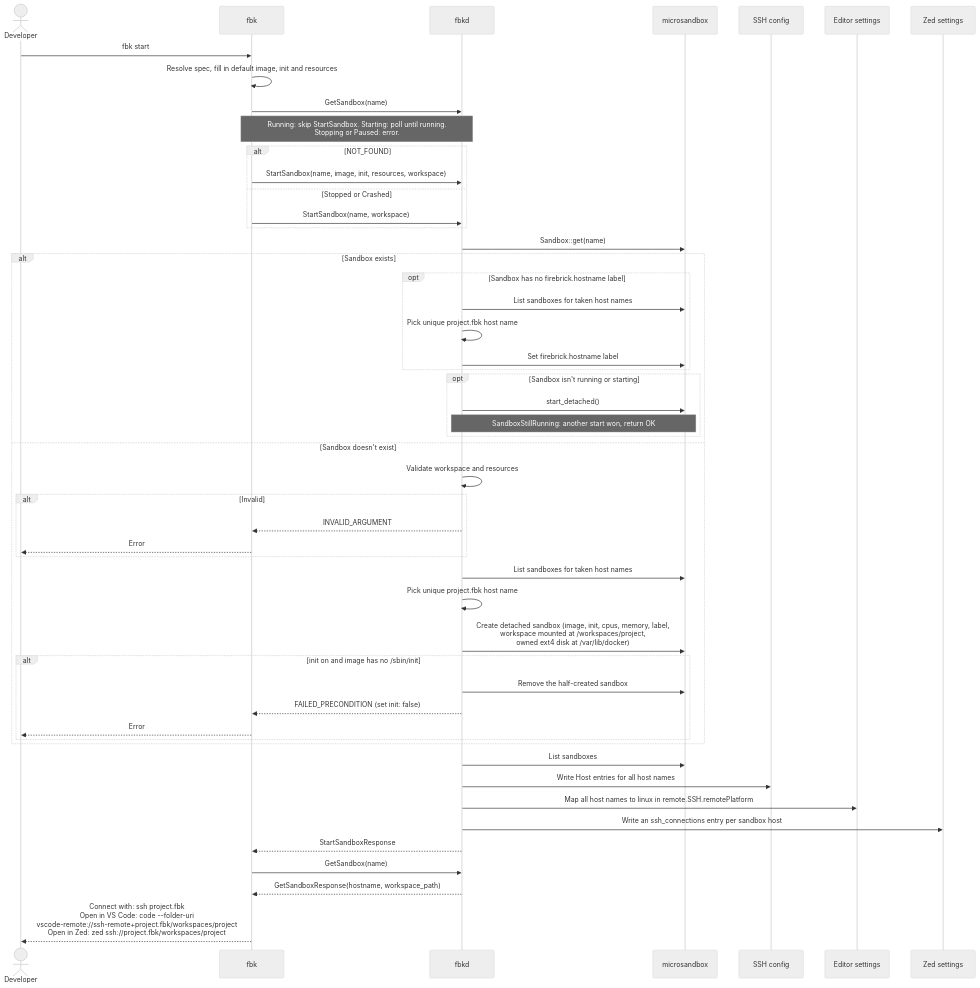
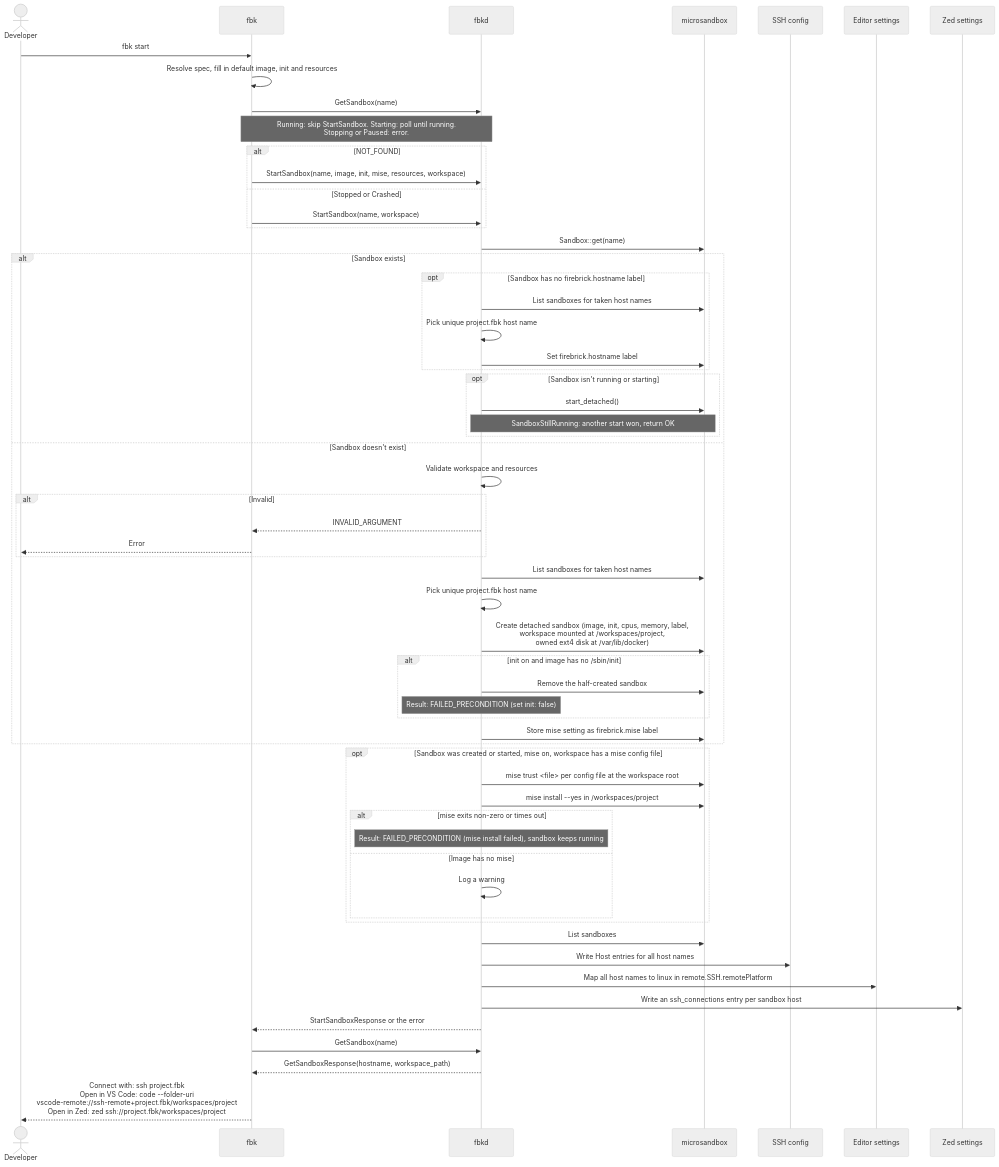
The fourth of 6 diagrams in docs/architecture/06-runtime-view.md (wmeints/anvil), drawn with Mermaid (neutral theme) before and after one commit. The commit also changed other lines of this file and 10 other files, not shown here.

First line of the commit message:
feat(daemon): trust and install the workspace's mise tools on start

````diff
--- a/docs/architecture/06-runtime-view.md
+++ b/docs/architecture/06-runtime-view.md
@@ -201,56 +231,66 @@
 ```mermaid
 sequenceDiagram
     actor Dev as Developer
     participant CLI as fbk
     participant D as fbkd
     participant MS as microsandbox
     participant SSH as SSH config
     participant Ed as Editor settings
     participant Zed as Zed settings
 
     Dev->>CLI: fbk start
     CLI->>CLI: Resolve spec, fill in default image, init and resources
     CLI->>D: GetSandbox(name)
     Note over CLI,D: Running: skip StartSandbox. Starting: poll until running.<br/>Stopping or Paused: error.
     alt NOT_FOUND
-        CLI->>D: StartSandbox(name, image, init, resources, workspace)
+        CLI->>D: StartSandbox(name, image, init, mise, resources, workspace)
     else Stopped or Crashed
         CLI->>D: StartSandbox(name, workspace)
     end
     D->>MS: Sandbox::get(name)
 
     alt Sandbox exists
         opt Sandbox has no firebrick.hostname label
             D->>MS: List sandboxes for taken host names
             D->>D: Pick unique project.fbk host name
             D->>MS: Set firebrick.hostname label
         end
         opt Sandbox isn't running or starting
             D->>MS: start_detached()
             Note over D,MS: SandboxStillRunning: another start won, return OK
         end
     else Sandbox doesn't exist
         D->>D: Validate workspace and resources
         alt Invalid
             D-->>CLI: INVALID_ARGUMENT
             CLI-->>Dev: Error
         end
         D->>MS: List sandboxes for taken host names
         D->>D: Pick unique project.fbk host name
         D->>MS: Create detached sandbox (image, init, cpus, memory, label,<br/>workspace mounted at /workspaces/project,<br/>owned ext4 disk at /var/lib/docker)
         alt init on and image has no /sbin/init
             D->>MS: Remove the half-created sandbox
-            D-->>CLI: FAILED_PRECONDITION (set init: false)
-            CLI-->>Dev: Error
+            Note over D: Result: FAILED_PRECONDITION (set init: false)
+        end
+        D->>MS: Store mise setting as firebrick.mise label
+    end
+
+    opt Sandbox was created or started, mise on, workspace has a mise config file
+        D->>MS: mise trust <file> per config file at the workspace root
+        D->>MS: mise install --yes in /workspaces/project
+        alt mise exits non-zero or times out
+            Note over D: Result: FAILED_PRECONDITION (mise install failed), sandbox keeps running
+        else Image has no mise
+            D->>D: Log a warning
         end
     end
 
     D->>MS: List sandboxes
     D->>SSH: Write Host entries for all host names
     D->>Ed: Map all host names to linux in remote.SSH.remotePlatform
     D->>Zed: Write an ssh_connections entry per sandbox host
-    D-->>CLI: StartSandboxResponse
+    D-->>CLI: StartSandboxResponse or the error
     CLI->>D: GetSandbox(name)
     D-->>CLI: GetSandboxResponse(hostname, workspace_path)
     CLI-->>Dev: Connect with: ssh project.fbk<br/>Open in VS Code: code --folder-uri<br/>vscode-remote://ssh-remote+project.fbk/workspaces/project<br/>Open in Zed: zed ssh://project.fbk/workspaces/project
 ```
````
